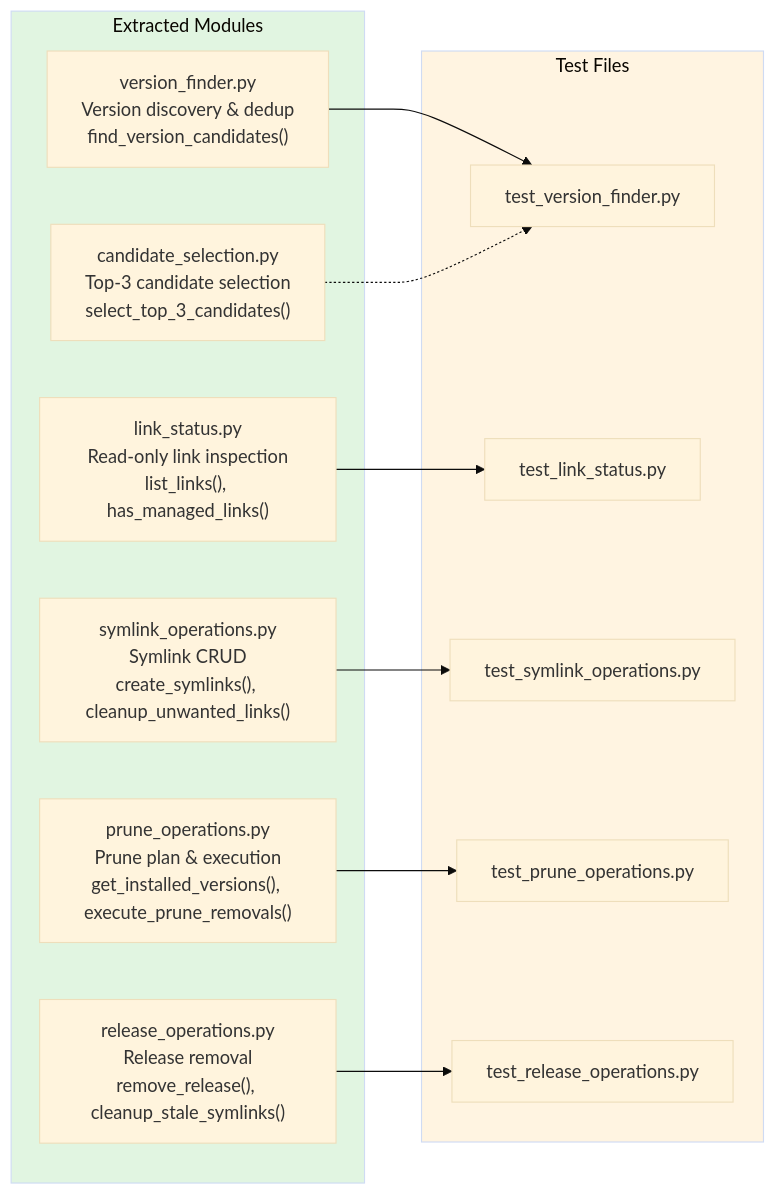
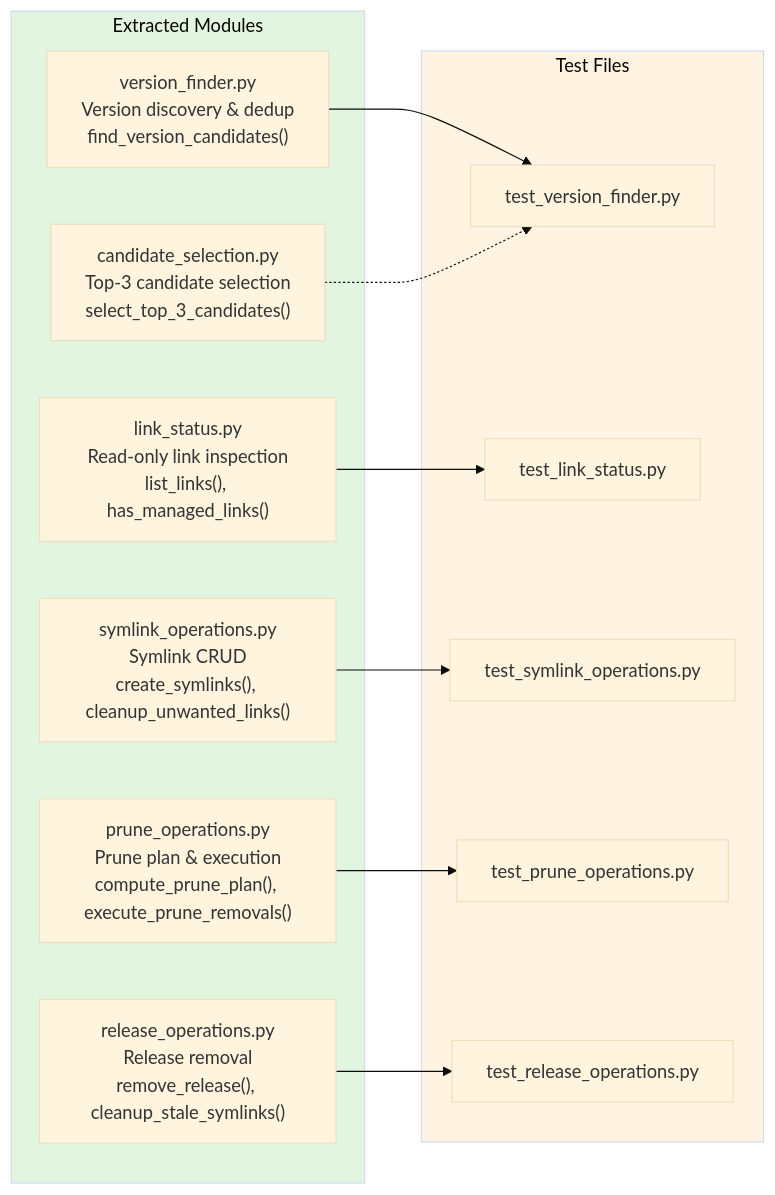
Before and after one commit to WombatFromHell/protonge-fetcher: diagram 12 of 16 in tests/TEST_DESIGN.md, drawn with Mermaid (base theme). The commit also changed other lines of this file and 44 other files, not shown here.

````diff
--- a/tests/TEST_DESIGN.md
+++ b/tests/TEST_DESIGN.md
@@ -538,29 +535,29 @@
 ```mermaid
 graph LR
     subgraph EXTRACTED["Extracted Modules"]
         VF["version_finder.py<br/>Version discovery & dedup<br/>find_version_candidates()"]
         CS["candidate_selection.py<br/>Top-3 candidate selection<br/>select_top_3_candidates()"]
         LS["link_status.py<br/>Read-only link inspection<br/>list_links(), has_managed_links()"]
         SO["symlink_operations.py<br/>Symlink CRUD<br/>create_symlinks(), cleanup_unwanted_links()"]
-        PO["prune_operations.py<br/>Prune plan & execution<br/>get_installed_versions(), execute_prune_removals()"]
+        PO["prune_operations.py<br/>Prune plan & execution<br/>compute_prune_plan(), execute_prune_removals()"]
         RO["release_operations.py<br/>Release removal<br/>remove_release(), cleanup_stale_symlinks()"]
     end
 
     subgraph TESTS["Test Files"]
         TVF["test_version_finder.py"]
         TLS["test_link_status.py"]
         TSO["test_symlink_operations.py"]
         TPO["test_prune_operations.py"]
         TRO["test_release_operations.py"]
     end
 
     VF --> TVF
     CS -.-> TVF
     LS --> TLS
     SO --> TSO
     PO --> TPO
     RO --> TRO
 
     style EXTRACTED fill:#e1f5e1
     style TESTS fill:#fff4e1
 ```
````
